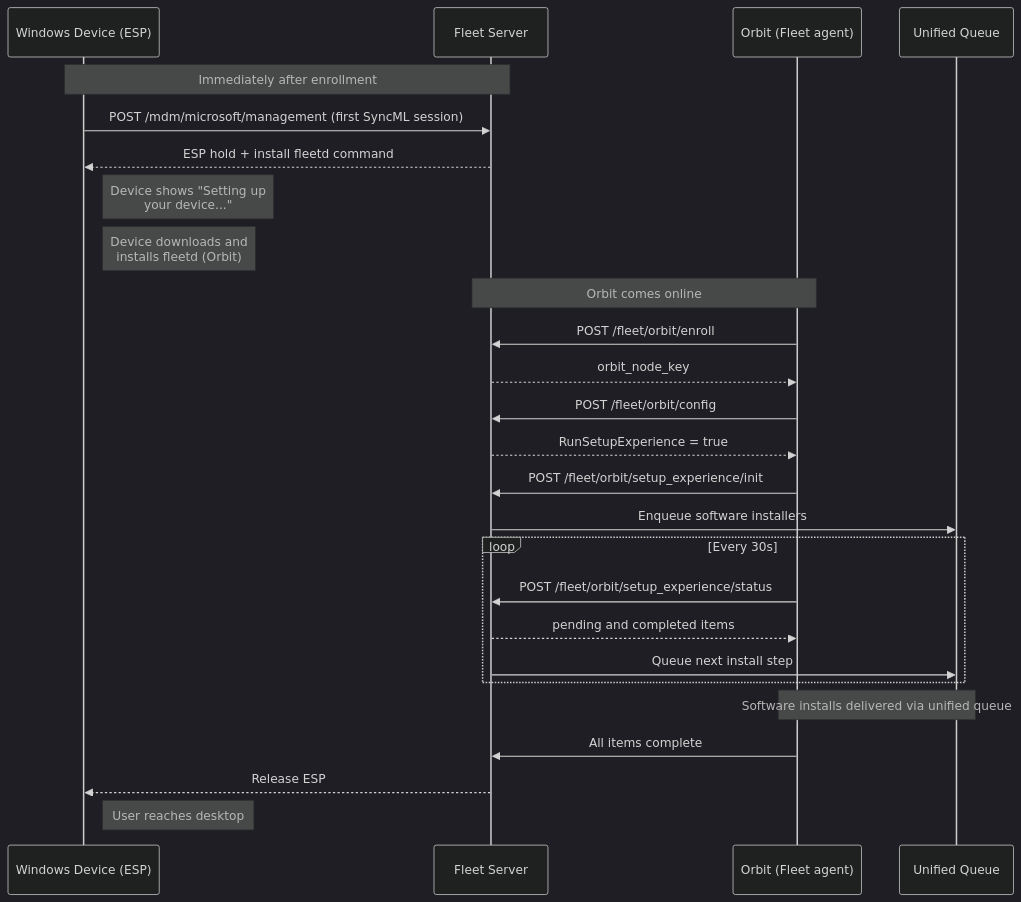
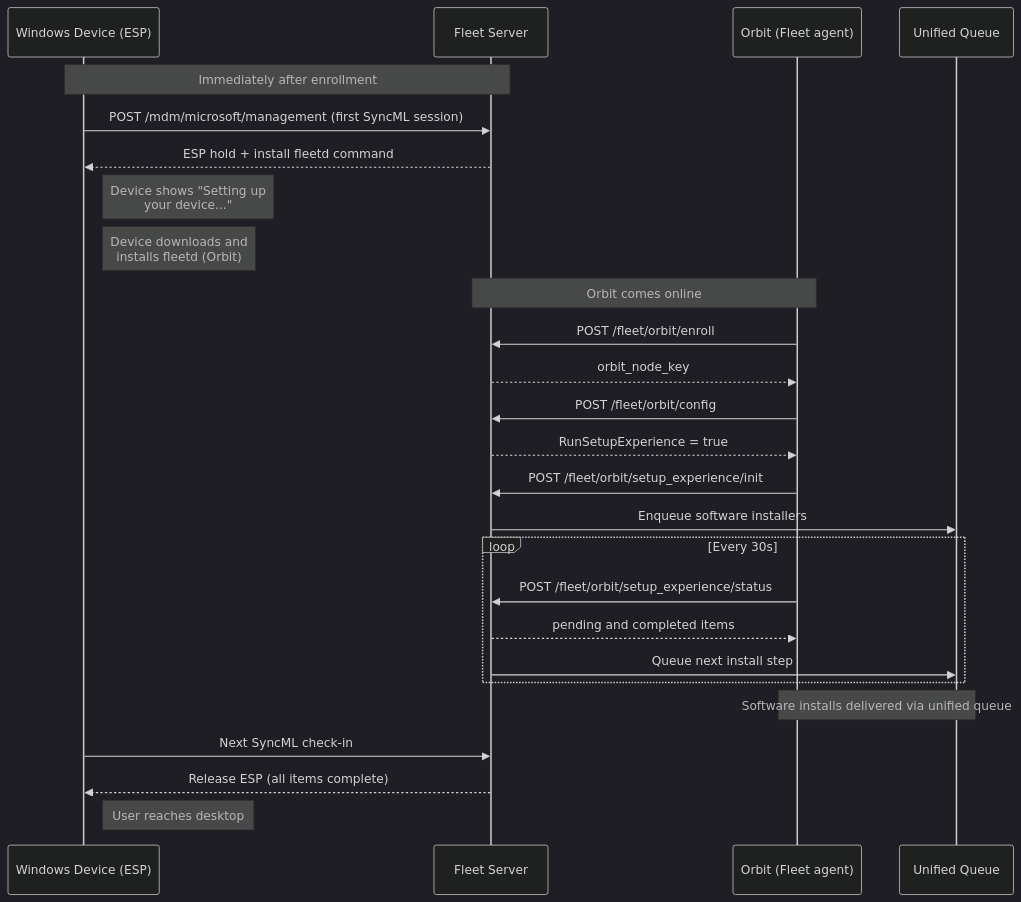
Before and after one commit to fleetdm/fleet: the fourth of 4 diagrams in docs/Contributing/product-groups/mdm/windows-autopilot-how-it-works.md, drawn with Mermaid (dark theme). The commit also changed other lines of this file and 1 other file, not shown here.

````diff
--- a/docs/Contributing/product-groups/mdm/windows-autopilot-how-it-works.md
+++ b/docs/Contributing/product-groups/mdm/windows-autopilot-how-it-works.md
@@ -120,35 +120,35 @@
 ```mermaid
 sequenceDiagram
     participant Win as Windows Device (ESP)
     participant Fleet as Fleet Server
     participant Orbit as Orbit (Fleet agent)
     participant Queue as Unified Queue
 
     note over Win, Fleet: Immediately after enrollment
     Win->>Fleet: POST /mdm/microsoft/management (first SyncML session)
     Fleet-->>Win: ESP hold + install fleetd command
     note right of Win: Device shows "Setting up<br/>your device..."
     note right of Win: Device downloads and<br/>installs fleetd (Orbit)
 
     note over Orbit, Fleet: Orbit comes online
     Orbit->>Fleet: POST /fleet/orbit/enroll
     Fleet-->>Orbit: orbit_node_key
 
     Orbit->>Fleet: POST /fleet/orbit/config
     Fleet-->>Orbit: RunSetupExperience = true
 
     Orbit->>Fleet: POST /fleet/orbit/setup_experience/init
     Fleet->>Queue: Enqueue software installers
 
     loop Every 30s
         Orbit->>Fleet: POST /fleet/orbit/setup_experience/status
         Fleet-->>Orbit: pending and completed items
         Fleet->>Queue: Queue next install step
     end
 
     note over Queue, Orbit: Software installs delivered via unified queue
 
-    Orbit->>Fleet: All items complete
-    Fleet-->>Win: Release ESP
+    Win->>Fleet: Next SyncML check-in
+    Fleet-->>Win: Release ESP (all items complete)
     note right of Win: User reaches desktop
 ```
````
